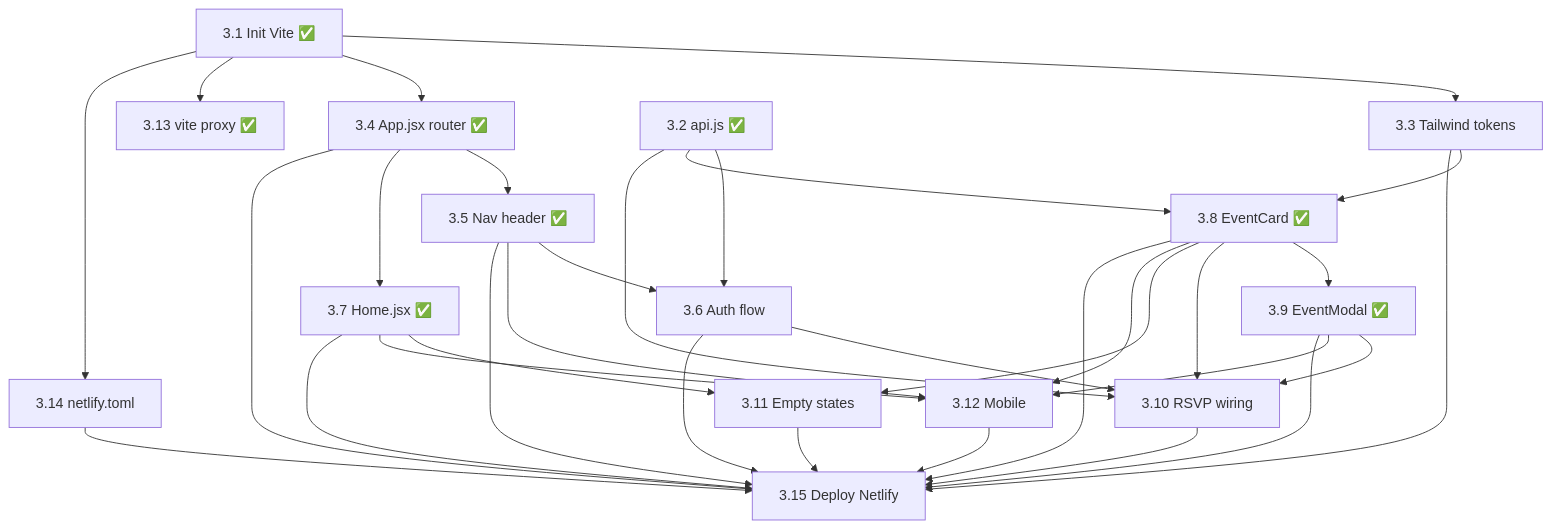
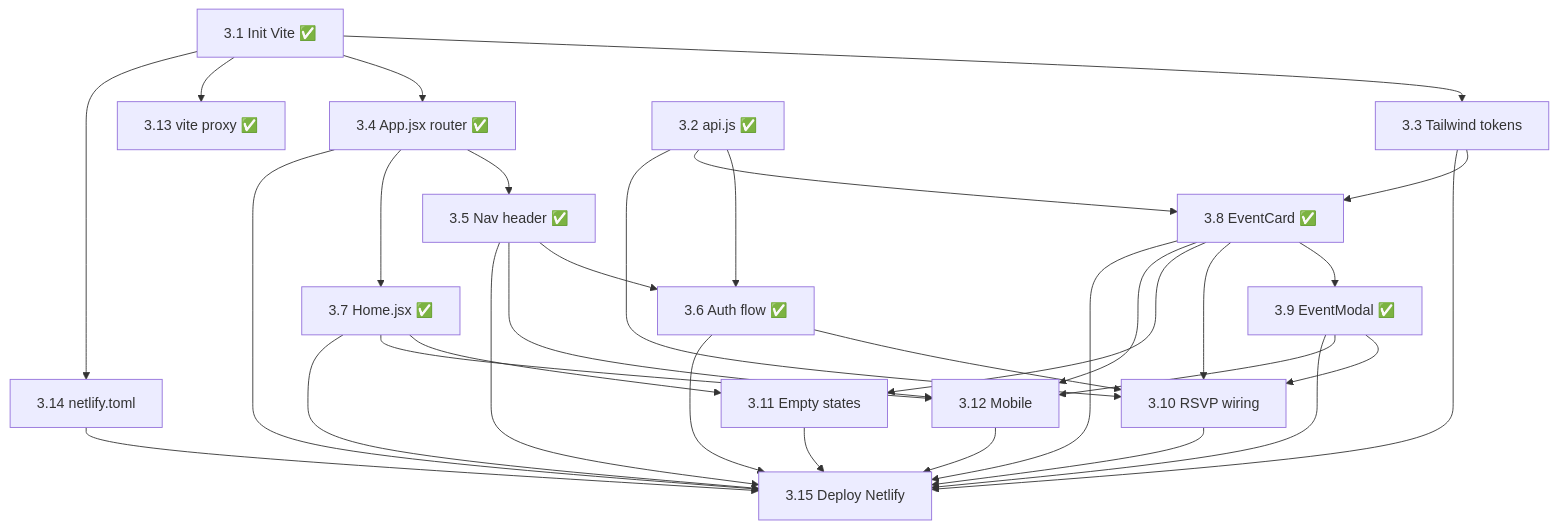
Before and after one commit to matthewpaolosbilo/claude-impact-lab-melbourne-team-5: the diagram in docs/dev3-dependencies.md, drawn with Mermaid. The commit also changed other lines of this file and 2 other files, not shown here.

````diff
--- a/docs/dev3-dependencies.md
+++ b/docs/dev3-dependencies.md
@@ -35,35 +35,35 @@
 ```mermaid
 graph TD
     3.1[3.1 Init Vite ✅] --> 3.3[3.3 Tailwind tokens]
     3.1 --> 3.4[3.4 App.jsx router ✅]
     3.1 --> 3.13[3.13 vite proxy ✅]
     3.1 --> 3.14[3.14 netlify.toml]
-    3.2[3.2 api.js ✅] --> 3.6[3.6 Auth flow]
+    3.2[3.2 api.js ✅] --> 3.6[3.6 Auth flow ✅]
     3.3 --> 3.8[3.8 EventCard ✅]
     3.4 --> 3.5[3.5 Nav header ✅]
     3.4 --> 3.7[3.7 Home.jsx ✅]
     3.5 --> 3.6
     3.5 --> 3.12[3.12 Mobile]
     3.2 --> 3.8
     3.8 --> 3.9[3.9 EventModal ✅]
     3.2 --> 3.10[3.10 RSVP wiring]
     3.6 --> 3.10
     3.8 --> 3.10
     3.9 --> 3.10
     3.7 --> 3.11[3.11 Empty states]
     3.8 --> 3.11
     3.7 --> 3.12
     3.8 --> 3.12
     3.9 --> 3.12
     3.3 --> 3.15[3.15 Deploy Netlify]
     3.4 --> 3.15
     3.5 --> 3.15
     3.6 --> 3.15
     3.7 --> 3.15
     3.8 --> 3.15
     3.9 --> 3.15
     3.10 --> 3.15
     3.11 --> 3.15
     3.12 --> 3.15
     3.14 --> 3.15
 ```
````
